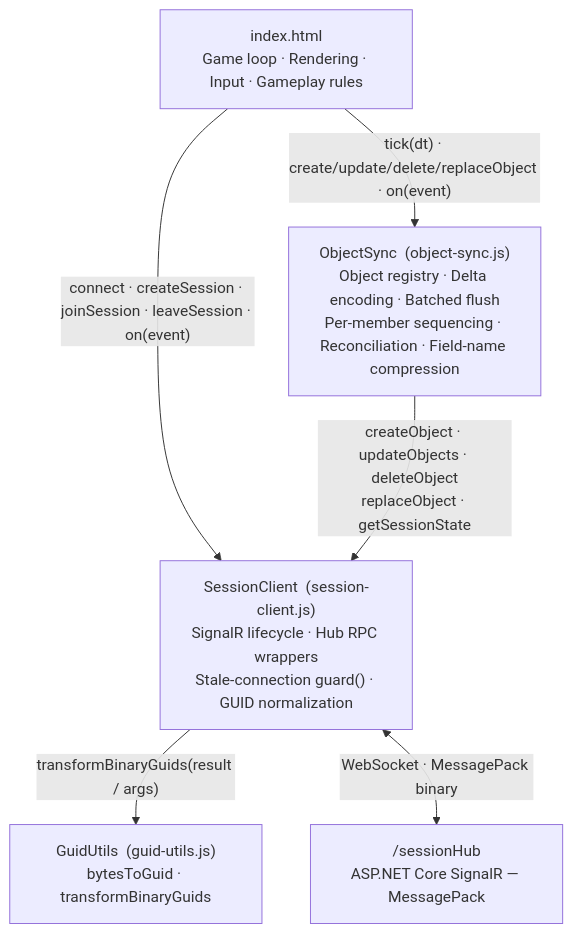
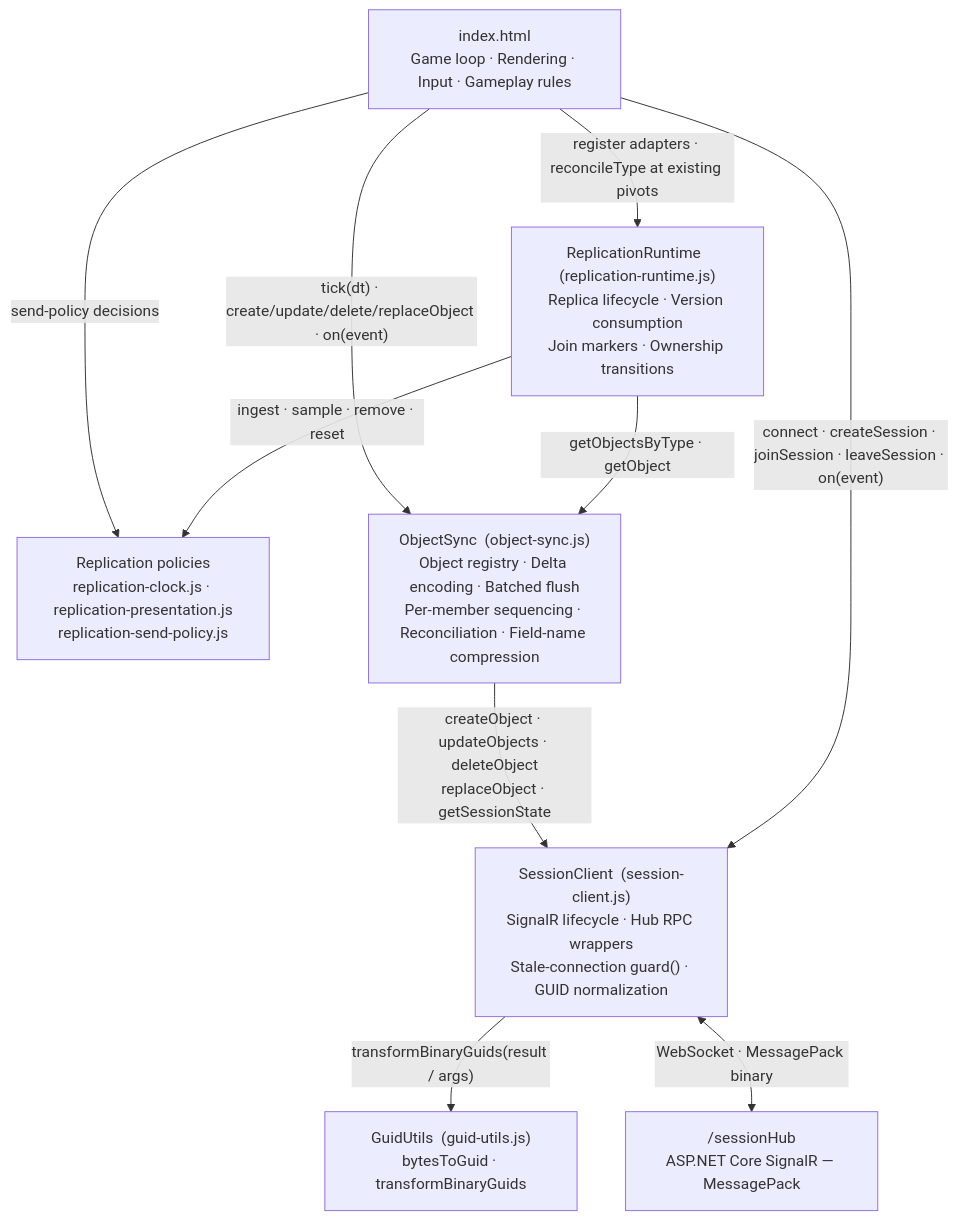
Before and after one commit to badvoidstar/astervoids: the second of 36 diagrams in ARCHITECTURE.md, drawn with Mermaid. The commit also changed other lines of this file and 19 other files, not shown here.

First line of the commit message:
Extract reusable replication runtime

````diff
--- a/ARCHITECTURE.md
+++ b/ARCHITECTURE.md
@@ -38,14 +44,20 @@
 ```mermaid
 graph TB
     GAME["index.html<br/>Game loop · Rendering · Input · Gameplay rules"]
+    RR["ReplicationRuntime  (replication-runtime.js)<br/>Replica lifecycle · Version consumption<br/>Join markers · Ownership transitions"]
+    POL["Replication policies<br/>replication-clock.js · replication-presentation.js<br/>replication-send-policy.js"]
     OS["ObjectSync  (object-sync.js)<br/>Object registry · Delta encoding · Batched flush<br/>Per-member sequencing · Reconciliation · Field-name compression"]
     SC["SessionClient  (session-client.js)<br/>SignalR lifecycle · Hub RPC wrappers<br/>Stale-connection guard() · GUID normalization"]
     GU["GuidUtils  (guid-utils.js)<br/>bytesToGuid · transformBinaryGuids"]
     HUB["/sessionHub<br/>ASP.NET Core SignalR — MessagePack"]
 
+    GAME -->|"register adapters · reconcileType at existing pivots"| RR
+    RR -->|"getObjectsByType · getObject"| OS
+    RR -->|"ingest · sample · remove · reset"| POL
+    GAME -->|"send-policy decisions"| POL
     GAME -->|"tick(dt) · create/update/delete/replaceObject · on(event)"| OS
     GAME -->|"connect · createSession · joinSession · leaveSession · on(event)"| SC
     OS -->|"createObject · updateObjects · deleteObject<br/>replaceObject · getSessionState"| SC
     SC -->|"transformBinaryGuids(result / args)"| GU
     SC <-->|"WebSocket · MessagePack binary"| HUB
 ```
````
